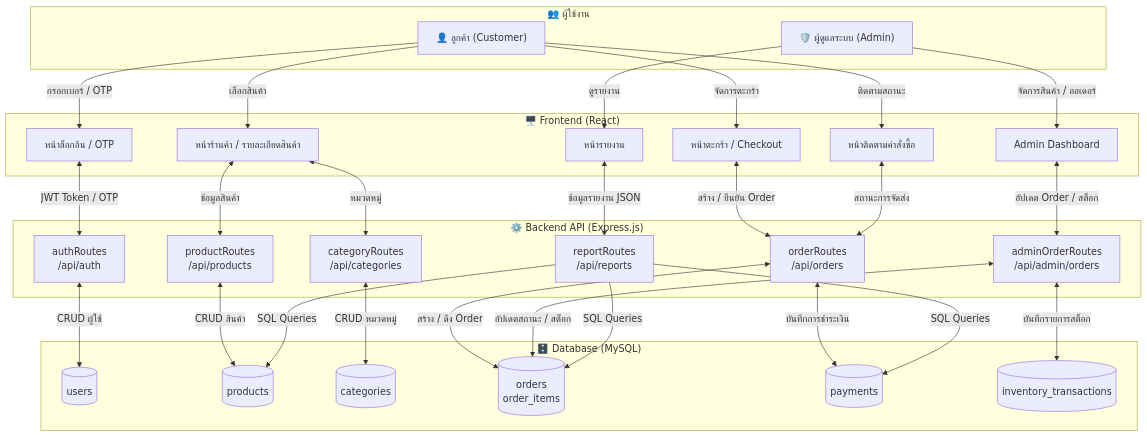
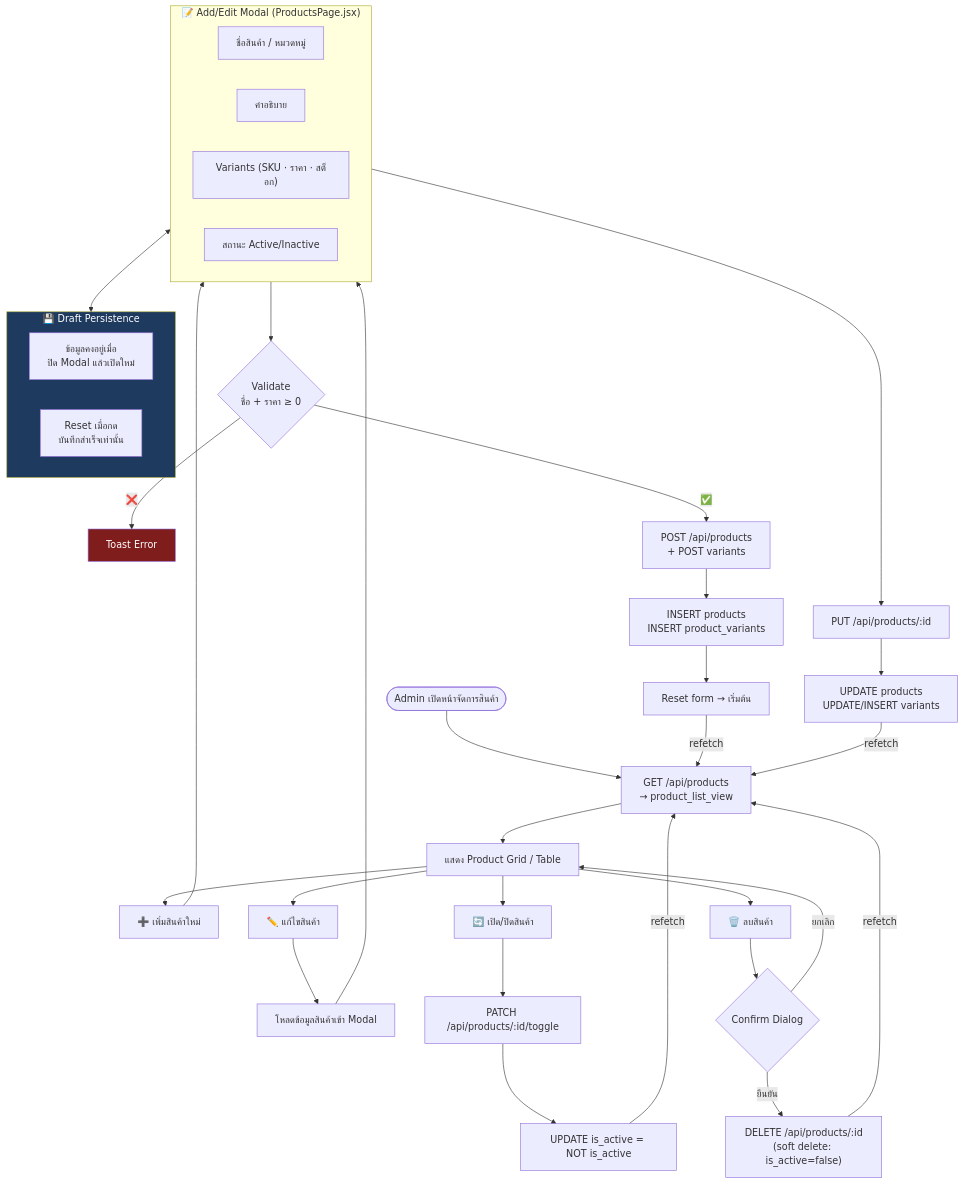
Before and after one commit to max5745/chambot2: the sixth of 23 diagrams in FLOWCHARTS.md, drawn with Mermaid. The commit also changed other lines of this file and 36 other files, not shown here.

````diff
--- a/FLOWCHARTS.md
+++ b/FLOWCHARTS.md
@@ -151,65 +173,53 @@
 ```mermaid
 flowchart TD
-    subgraph Actors["👥 ผู้ใช้งาน"]
-        U["👤 ลูกค้า (Customer)"]
-        A["🛡️ ผู้ดูแลระบบ (Admin)"]
+    subgraph MODAL["📝 Add/Edit Modal (ProductsPage.jsx)"]
+        F1["ชื่อสินค้า / หมวดหมู่"]
+        F2["คำอธิบาย"]
+        F3["Variants (SKU · ราคา · สต็อก)"]
+        F4["สถานะ Active/Inactive"]
     end
 
-    subgraph Frontend["🖥️ Frontend (React)"]
-        FE_AUTH["หน้าล็อกอิน / OTP"]
-        FE_SHOP["หน้าร้านค้า / รายละเอียดสินค้า"]
-        FE_CART["หน้าตะกร้า / Checkout"]
-        FE_ORDER["หน้าติดตามคำสั่งซื้อ"]
-        FE_ADMIN["Admin Dashboard"]
-        FE_REPORT["หน้ารายงาน"]
+    subgraph DRAFT["💾 Draft Persistence"]
+        D1["ข้อมูลคงอยู่เมื่อ\nปิด Modal แล้วเปิดใหม่"]
+        D2["Reset เมื่อกด\nบันทึกสำเร็จเท่านั้น"]
     end
 
-    subgraph API["⚙️ Backend API (Express.js)"]
-        API_AUTH["authRoutes\n/api/auth"]
-        API_PROD["productRoutes\n/api/products"]
-        API_CAT["categoryRoutes\n/api/categories"]
-        API_ORDER["orderRoutes\n/api/orders"]
-        API_ADMIN_ORD["adminOrderRoutes\n/api/admin/orders"]
-        API_REPORT["reportRoutes\n/api/reports"]
-    end
+    A(["Admin เปิดหน้าจัดการสินค้า"]) --> B["GET /api/products\n→ product_list_view"]
+    B --> C["แสดง Product Grid / Table"]
 
-    subgraph DB["🗄️ Database (MySQL)"]
-        DB_USERS[("users")]
-        DB_PROD[("products")]
-        DB_CAT[("categories")]
-        DB_ORDERS[("orders\norder_items")]
-        DB_PAYMENTS[("payments")]
-        DB_INVENTORY[("inventory_transactions")]
-    end
+    C --> ADD["➕ เพิ่มสินค้าใหม่"]
+    C --> EDIT["✏️ แก้ไขสินค้า"]
+    C --> TOGGLE["🔄 เปิด/ปิดสินค้า"]
+    C --> DEL["🗑️ ลบสินค้า"]
 
-    %% ลูกค้า → Frontend
-    U -->|"กรอกเบอร์ / OTP"| FE_AUTH
-    U -->|"เลือกสินค้า"| FE_SHOP
-    U -->|"จัดการตะกร้า"| FE_CART
-    U -->|"ติดตามสถานะ"| FE_ORDER
+    %% Add flow
+    ADD --> MODAL
+    MODAL <--> DRAFT
+    MODAL --> VAL{"Validate\nชื่อ + ราคา ≥ 0"}
+    VAL -- ❌ --> ERR["Toast Error"]
+    VAL -- ✅ --> POST["POST /api/products\n+ POST variants"]
+    POST --> DB1["INSERT products\nINSERT product_variants"]
+    DB1 --> RESET["Reset form → เริ่มต้น"]
+    RESET --> |"refetch"| B
 
-    %% Admin → Frontend
-    A -->|"จัดการสินค้า / ออเดอร์"| FE_ADMIN
-    A -->|"ดูรายงาน"| FE_REPORT
+    %% Edit flow
+    EDIT --> MODAL2["โหลดข้อมูลสินค้าเข้า Modal"]
+    MODAL2 --> MODAL
+    MODAL --> PUT["PUT /api/products/:id"]
+    PUT --> DB2["UPDATE products\nUPDATE/INSERT variants"]
+    DB2 --> |"refetch"| B
 
-    %% Frontend → API
-    FE_AUTH <-->|"JWT Token / OTP"| API_AUTH
-    FE_SHOP <-->|"ข้อมูลสินค้า"| API_PROD
-    FE_SHOP <-->|"หมวดหมู่"| API_CAT
-    FE_CART <-->|"สร้าง / ยืนยัน Order"| API_ORDER
-    FE_ORDER <-->|"สถานะการจัดส่ง"| API_ORDER
-    FE_ADMIN <-->|"อัปเดต Order / สต็อก"| API_ADMIN_ORD
-    FE_REPORT <-->|"ข้อมูลรายงาน JSON"| API_REPORT
+    %% Toggle
+    TOGGLE --> PATCH["PATCH /api/products/:id/toggle"]
+    PATCH --> DB3["UPDATE is_active = NOT is_active"]
+    DB3 --> |"refetch"| B
 
-    %% API → Database
-    API_AUTH <-->|"CRUD ผู้ใช้"| DB_USERS
-    API_PROD <-->|"CRUD สินค้า"| DB_PROD
-    API_CAT <-->|"CRUD หมวดหมู่"| DB_CAT
-    API_ORDER <-->|"สร้าง / ดึง Order"| DB_ORDERS
-    API_ORDER <-->|"บันทึกการชำระเงิน"| DB_PAYMENTS
-    API_ADMIN_ORD <-->|"อัปเดตสถานะ / สต็อก"| DB_ORDERS
-    API_ADMIN_ORD <-->|"บันทึกรายการสต็อก"| DB_INVENTORY
-    API_REPORT -->|"SQL Queries"| DB_ORDERS
-    API_REPORT -->|"SQL Queries"| DB_PROD
-    API_REPORT -->|"SQL Queries"| DB_PAYMENTS
+    %% Delete
+    DEL --> CONFIRM{"Confirm Dialog"}
+    CONFIRM -- ยกเลิก --> C
+    CONFIRM -- ยืนยัน --> DELET["DELETE /api/products/:id\n(soft delete: is_active=false)"]
+    DELET --> |"refetch"| B
+
+    style ERR fill:#7f1d1d,color:#fff
+    style DRAFT fill:#1e3a5f,color:#fff
 ```
````
